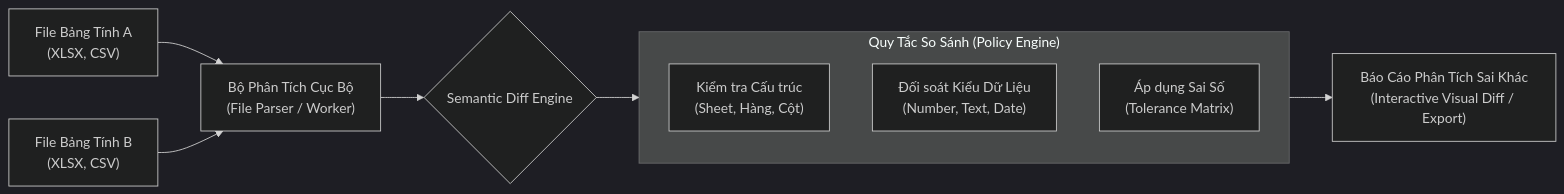
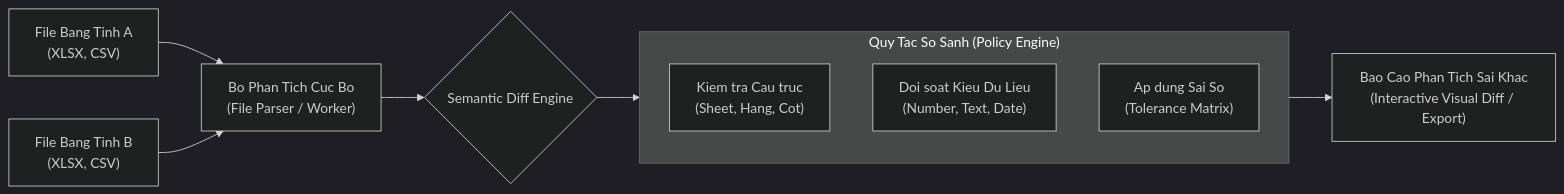
One commit to nmtrucworking/dytava changed the diagram in README.md. Above: the diagram before and after it, drawn with Mermaid (dark theme). The commit also changed other lines of this file and 1274 other files, not shown here.

````diff
--- a/README.md
+++ b/README.md
@@ -139,16 +147,16 @@
 ```mermaid
 flowchart LR
-    A["File Bảng Tính A\n(XLSX, CSV)"] --> C["Bộ Phân Tích Cục Bộ\n(File Parser / Worker)"]
-    B["File Bảng Tính B\n(XLSX, CSV)"] --> C
+    A["File Bang Tinh A\n(XLSX, CSV)"] --> C["Bo Phan Tich Cuc Bo\n(File Parser / Worker)"]
+    B["File Bang Tinh B\n(XLSX, CSV)"] --> C
     
     C --> D{"Semantic Diff Engine"}
     
-    subgraph Engine ["Quy Tắc So Sánh (Policy Engine)"]
-        D1["Kiểm tra Cấu trúc\n(Sheet, Hàng, Cột)"]
-        D2["Đối soát Kiểu Dữ Liệu\n(Number, Text, Date)"]
-        D3["Áp dụng Sai Số\n(Tolerance Matrix)"]
+    subgraph Engine ["Quy Tac So Sanh (Policy Engine)"]
+        D1["Kiem tra Cau truc\n(Sheet, Hang, Cot)"]
+        D2["Doi soat Kieu Du Lieu\n(Number, Text, Date)"]
+        D3["Ap dung Sai So\n(Tolerance Matrix)"]
     end
     
     D --> Engine
-    Engine --> E["Báo Cáo Phân Tích Sai Khác\n(Interactive Visual Diff / Export)"]
+    Engine --> E["Bao Cao Phan Tich Sai Khac\n(Interactive Visual Diff / Export)"]
 ```
````
